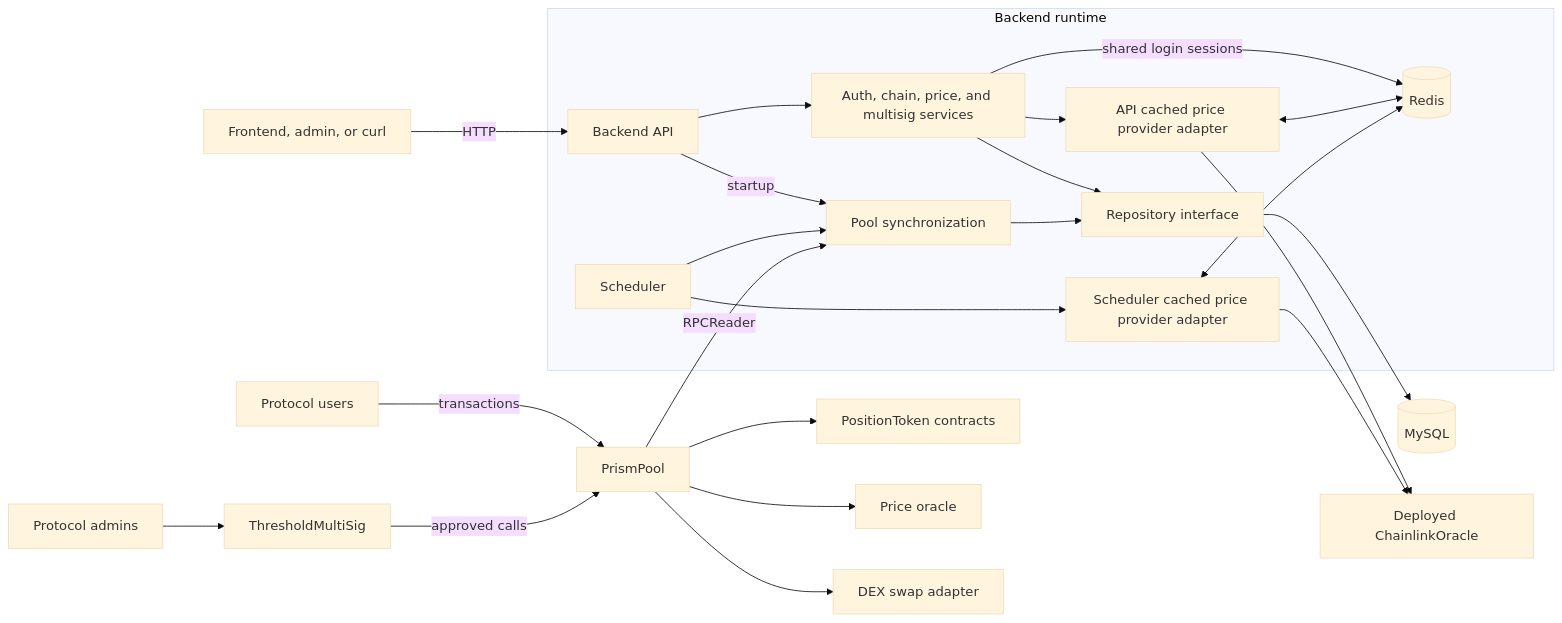
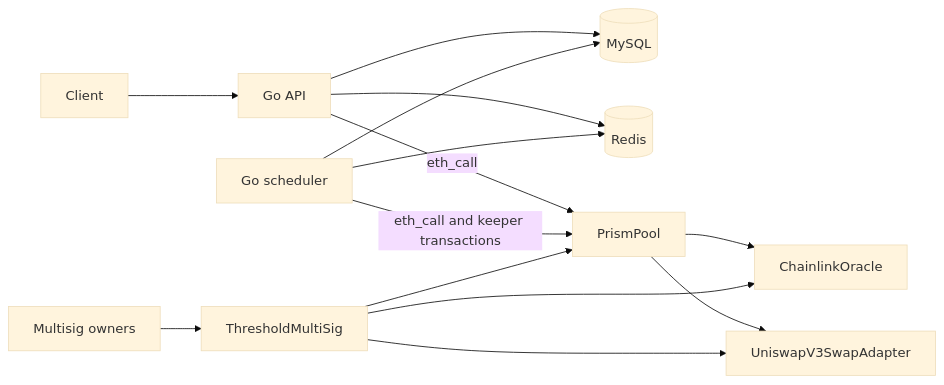
One commit to lancechuangdev/prism changed the diagram in README.md. Above: the diagram before and after it, drawn with Mermaid (base theme). The commit also changed other lines of this file and 5 other files, not shown here.

````diff
--- a/README.md
+++ b/README.md
@@ -24,29 +13,16 @@
 ```mermaid
 flowchart LR
-  Users[Protocol users] -->|transactions| Pool[PrismPool]
-  Admins[Protocol admins] --> MultiSig[ThresholdMultiSig]
-  MultiSig -->|approved calls| Pool
-  Pool --> Positions[PositionToken contracts]
-  Pool --> Oracle[Price oracle]
-  Pool --> DEX[DEX swap adapter]
-
-  Client[Frontend, admin, or curl] -->|HTTP| API[Backend API]
-
-  subgraph Backend[Backend runtime]
-    API --> Services[Auth, chain, price, and multisig services]
-    API -->|startup| Sync[Pool synchronization]
-    Scheduler[Scheduler] --> Sync
-    Services --> Repository[Repository interface]
-    Sync --> Repository
-  Services --> APICachedPrice[API cached price provider adapter]
-  Services -->|shared login sessions| Redis
-  Scheduler --> SchedulerCachedPrice[Scheduler cached price provider adapter]
-  end
-
-  Repository --> MySQL[(MySQL)]
-  APICachedPrice <--> Redis[(Redis)]
-  SchedulerCachedPrice <--> Redis
-  APICachedPrice --> ChainlinkPrice[Deployed ChainlinkOracle]
-  SchedulerCachedPrice --> ChainlinkPrice
-  Pool -->|RPCReader| Sync
+  Client --> API[Go API]
+  API --> MySQL[(MySQL)]
+  API --> Redis[(Redis)]
+  Scheduler[Go scheduler] --> MySQL
+  Scheduler --> Redis
+  API -->|eth_call| Pool[PrismPool]
+  Scheduler -->|eth_call and keeper transactions| Pool
+  Pool --> Oracle[ChainlinkOracle]
+  Pool --> Swap[UniswapV3SwapAdapter]
+  Owners[Multisig owners] --> Multisig[ThresholdMultiSig]
+  Multisig --> Pool
+  Multisig --> Oracle
+  Multisig --> Swap
 ```
````
